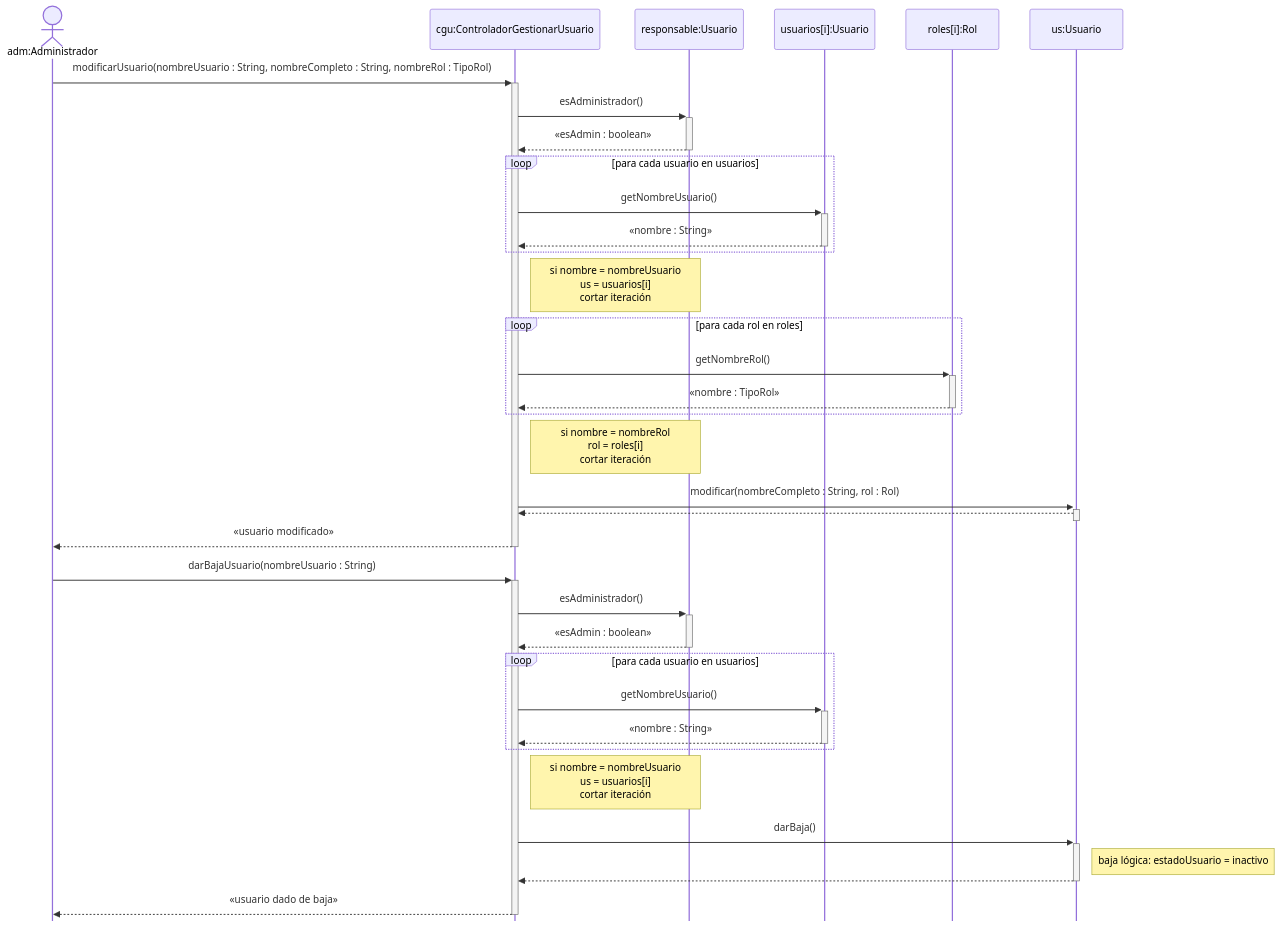
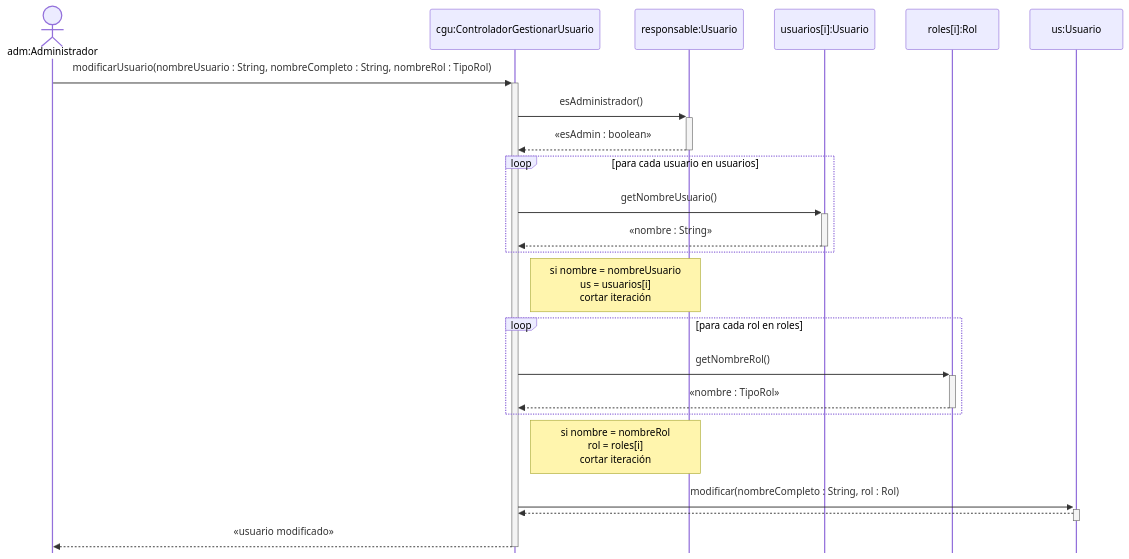
Before and after one commit to cirotop/Stock-Project: the third of 17 diagrams in 08-Diagrama De Secuencia/Diagramas_de_Secuencia.md, drawn with Mermaid. The commit also changed other lines of this file, not shown here.

````diff
--- a/08-Diagrama De Secuencia/Diagramas_de_Secuencia.md
+++ b/08-Diagrama De Secuencia/Diagramas_de_Secuencia.md
@@ -101,40 +116,27 @@
 ```mermaid
 %%{init: {"sequence": {"mirrorActors": false}, "themeCSS": ".loopLine { stroke-dasharray: none !important; stroke-width: 1.5px !important; }"}}%%
 sequenceDiagram
     actor adm as adm:Administrador
     participant cgu as cgu:ControladorGestionarUsuario
     participant resp as responsable:Usuario
     participant ui as usuarios[i]:Usuario
     participant ri as roles[i]:Rol
     participant us as us:Usuario
 
     adm->>+cgu: modificarUsuario(nombreUsuario : String, nombreCompleto : String, nombreRol : TipoRol)
     cgu->>+resp: esAdministrador()
     resp-->>-cgu: «esAdmin : boolean»
     loop para cada usuario en usuarios
         cgu->>+ui: getNombreUsuario()
         ui-->>-cgu: «nombre : String»
     end
     Note right of cgu: si nombre = nombreUsuario<br/>us = usuarios[i]<br/>cortar iteración
     loop para cada rol en roles
         cgu->>+ri: getNombreRol()
         ri-->>-cgu: «nombre : TipoRol»
     end
     Note right of cgu: si nombre = nombreRol<br/>rol = roles[i]<br/>cortar iteración
     cgu->>+us: modificar(nombreCompleto : String, rol : Rol)
-    us-->>-cgu: 
+    us-->>-cgu:
     cgu-->>-adm: «usuario modificado»
-
-    adm->>+cgu: darBajaUsuario(nombreUsuario : String)
-    cgu->>+resp: esAdministrador()
-    resp-->>-cgu: «esAdmin : boolean»
-    loop para cada usuario en usuarios
-        cgu->>+ui: getNombreUsuario()
-        ui-->>-cgu: «nombre : String»
-    end
-    Note right of cgu: si nombre = nombreUsuario<br/>us = usuarios[i]<br/>cortar iteración
-    cgu->>+us: darBaja()
-    Note right of us: baja lógica: estadoUsuario = inactivo
-    us-->>-cgu: 
-    cgu-->>-adm: «usuario dado de baja»
 ```
````
